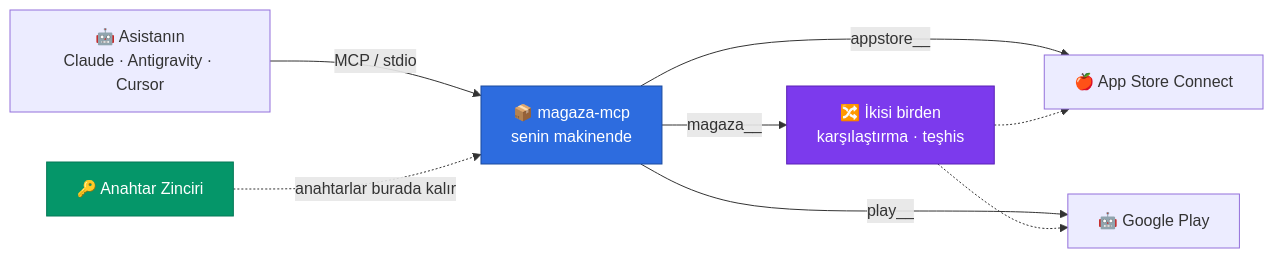
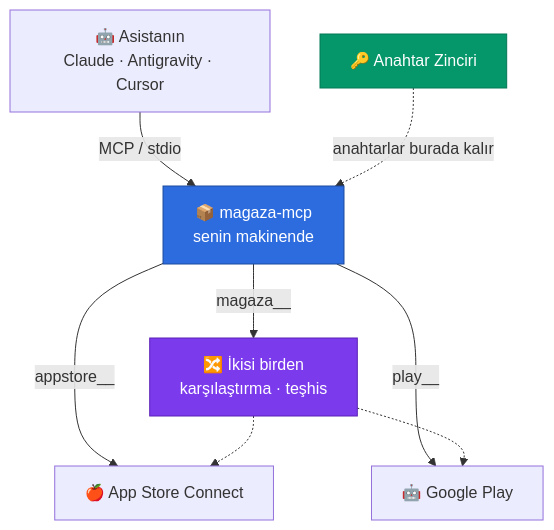
The diagram in README.tr.md (tunaarikaya/magaza-mcp), drawn with Mermaid before and after one commit. The commit also changed 1 other file, not shown here.

Commit message:
README: mimari diyagramı dikey yap, GitHub'ın yakınlaştırma tuşları kutuları kapatmasın

````diff
--- a/README.tr.md
+++ b/README.tr.md
@@ -36,14 +36,14 @@
 ```mermaid
-flowchart LR
+flowchart TB
     A["🤖 Asistanın<br/>Claude · Antigravity · Cursor"] -->|MCP / stdio| B["📦 magaza-mcp<br/>senin makinende"]
     B -->|appstore__| C["🍎 App Store Connect"]
     B -->|play__| D["🤖 Google Play"]
     B -->|magaza__| E["🔀 İkisi birden<br/>karşılaştırma · teşhis"]
     E -.-> C
     E -.-> D
     F["🔑 Anahtar Zinciri"] -.->|anahtarlar burada kalır| B
 
     style B fill:#2d6cdf,stroke:#1a4a9e,color:#fff
     style E fill:#7c3aed,stroke:#5b21b6,color:#fff
     style F fill:#059669,stroke:#047857,color:#fff
 ```
````
